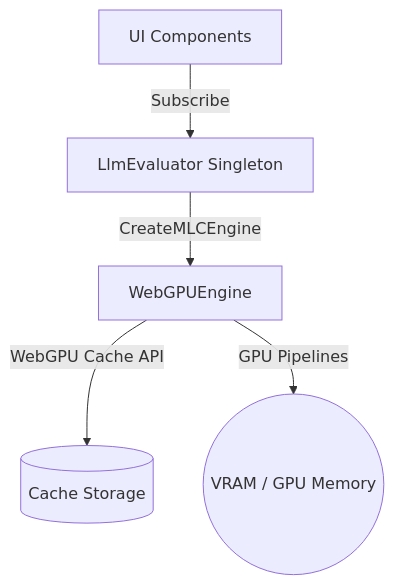
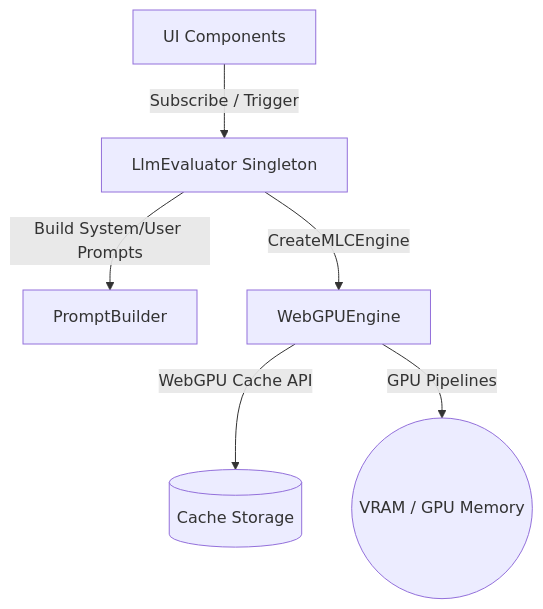
Before and after one commit to Masterslayer7/FocusSentinel: the first of 2 diagrams in src/renderer/services/llm/CONTEXT.md, drawn with Mermaid. The commit also changed other lines of this file and 8 other files, not shown here.

````diff
--- a/src/renderer/services/llm/CONTEXT.md
+++ b/src/renderer/services/llm/CONTEXT.md
@@ -11,7 +25,8 @@
 ```mermaid
 graph TD
-    UI[UI Components] -->|Subscribe| Service[LlmEvaluator Singleton]
+    UI[UI Components] -->|Subscribe / Trigger| Service[LlmEvaluator Singleton]
+    Service -->|Build System/User Prompts| PromptBuilder[PromptBuilder]
     Service -->|CreateMLCEngine| Engine[WebGPUEngine]
     Engine -->|WebGPU Cache API| Storage[(Cache Storage)]
     Engine -->|GPU Pipelines| VRAM((VRAM / GPU Memory))
 ```
````
